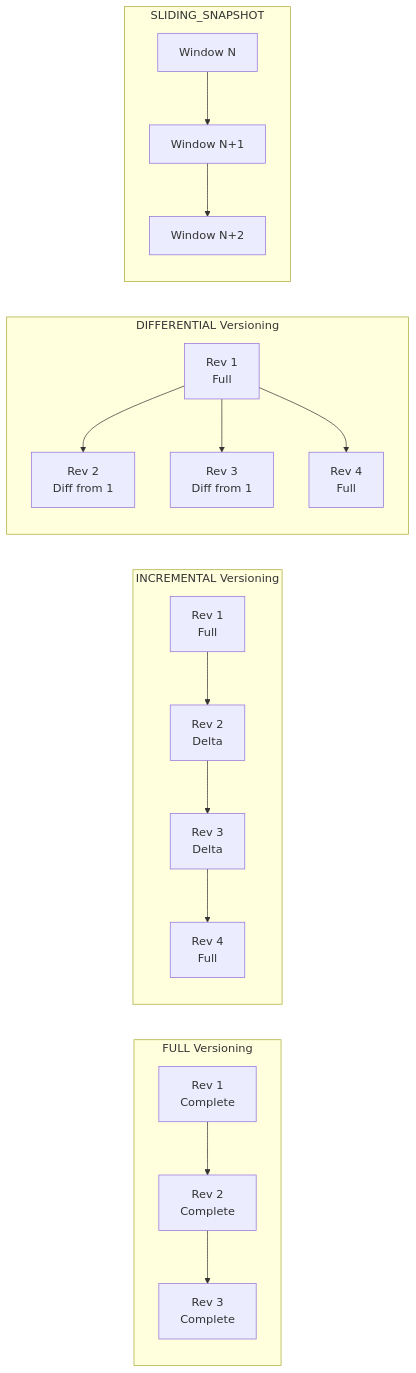
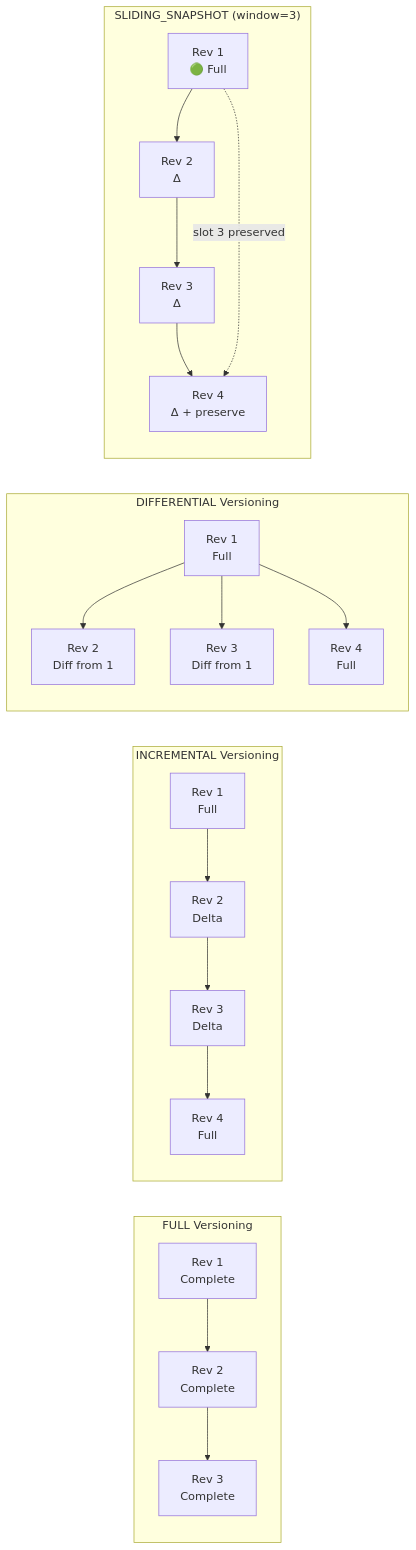
One commit to sirixdb/sirix changed the third of 5 diagrams in docs/ARCHITECTURE.md. Above: the diagram before and after it, drawn with Mermaid. The commit also changed other lines of this file, not shown here.

First line of the commit message:
docs: major architecture doc refactoring with top-down structure

````diff
--- a/docs/ARCHITECTURE.md
+++ b/docs/ARCHITECTURE.md
@@ -502,24 +900,30 @@
 ```mermaid
 graph LR
     subgraph "FULL Versioning"
         F1[Rev 1<br/>Complete] --> F2[Rev 2<br/>Complete]
         F2 --> F3[Rev 3<br/>Complete]
     end
 
     subgraph "INCREMENTAL Versioning"
         I1[Rev 1<br/>Full] --> I2[Rev 2<br/>Delta]
         I2 --> I3[Rev 3<br/>Delta]
         I3 --> I4[Rev 4<br/>Full]
     end
 
     subgraph "DIFFERENTIAL Versioning"
         D1[Rev 1<br/>Full] --> D2[Rev 2<br/>Diff from 1]
         D1 --> D3[Rev 3<br/>Diff from 1]
         D1 --> D4[Rev 4<br/>Full]
     end
 
-    subgraph "SLIDING_SNAPSHOT"
-        S1[Window N] --> S2[Window N+1]
-        S2 --> S3[Window N+2]
+    subgraph "SLIDING_SNAPSHOT (window=3)"
+        direction TB
+        S1[Rev 1<br/>🟢 Full]
+        S2[Rev 2<br/>Δ]
+        S3[Rev 3<br/>Δ]
+        S4[Rev 4<br/>Δ + preserve]
+        S1 --> S2 --> S3
+        S3 --> S4
+        S1 -.->|"slot 3 preserved"| S4
     end
 ```
````
